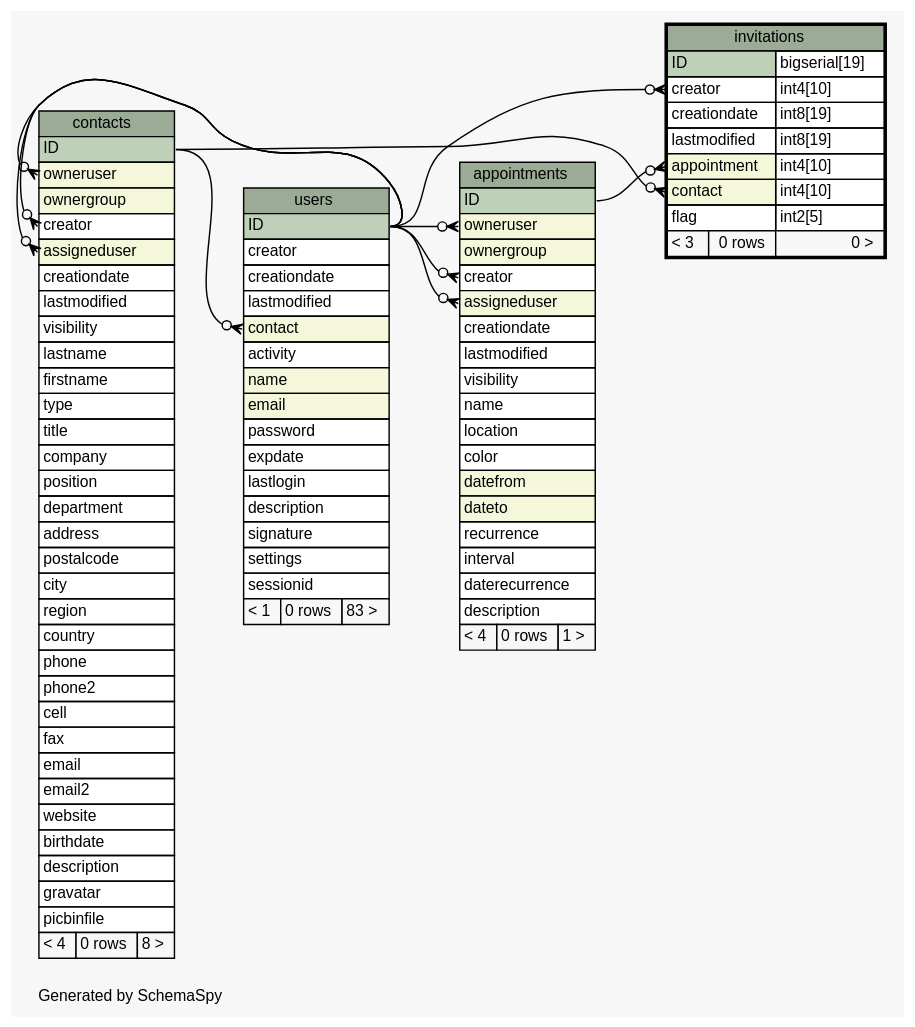
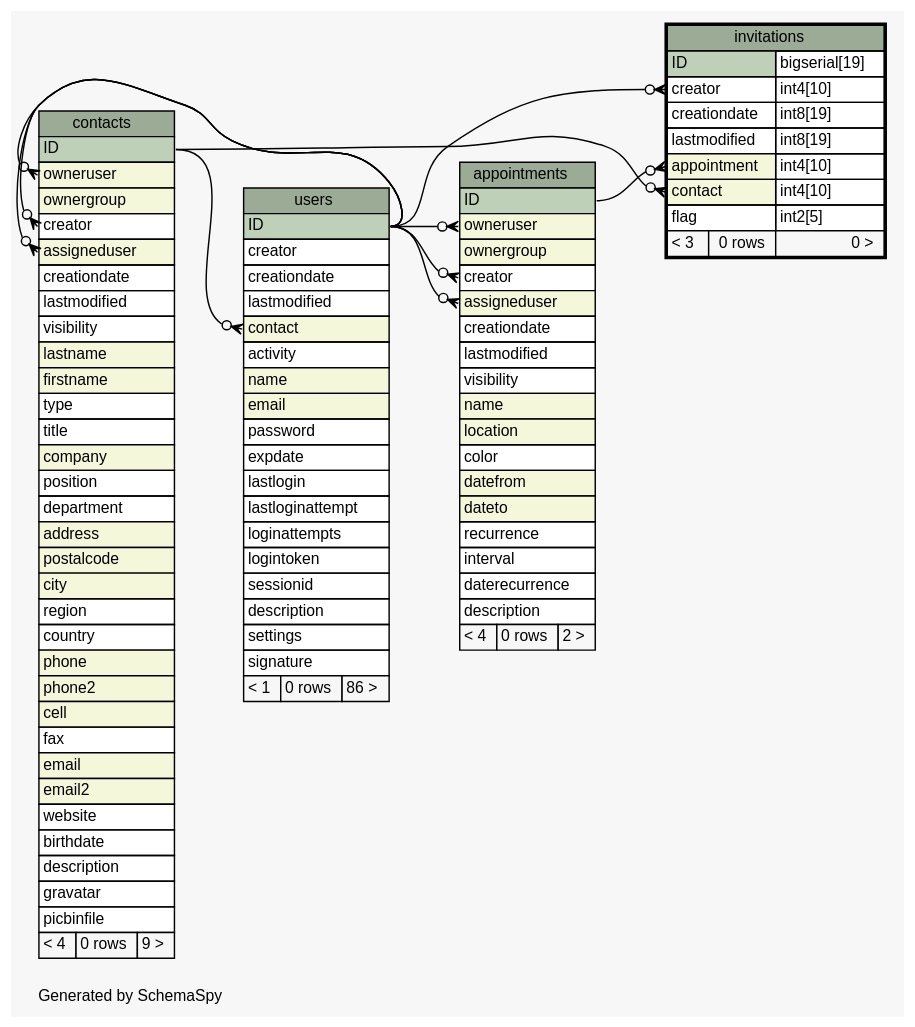
Before and after one commit to zeyosinc/zeyos-schema: the diagram in diagrams/invitations.1degree.dot, drawn with Graphviz. The commit also changed 314 other files, not shown here.

```diff
--- a/diagrams/invitations.1degree.dot
+++ b/diagrams/invitations.1degree.dot
@@ -1,138 +1,141 @@
-// dot 2.38.0 on Windows 8.1 6.3
+// dot 2.38.0 on Mac OS X 10.11.2
 // SchemaSpy rev 590
 digraph "oneDegreeRelationshipsDiagram" {
   graph [
     rankdir="RL"
     bgcolor="#f7f7f7"
     label="\nGenerated by SchemaSpy"
     labeljust="l"
     nodesep="0.18"
     ranksep="0.46"
     fontname="Helvetica"
     fontsize="11"
   ];
   node [
     fontname="Helvetica"
     fontsize="11"
     shape="plaintext"
   ];
   edge [
     arrowsize="0.8"
   ];
   "appointments":"assigneduser":w -> "users":"ID":e [arrowhead=none dir=back arrowtail=crowodot];
   "appointments":"creator":w -> "users":"ID":e [arrowhead=none dir=back arrowtail=crowodot];
   "appointments":"owneruser":w -> "users":"ID":e [arrowhead=none dir=back arrowtail=crowodot];
   "contacts":"assigneduser":w -> "users":"ID":e [arrowhead=none dir=back arrowtail=crowodot];
   "contacts":"creator":w -> "users":"ID":e [arrowhead=none dir=back arrowtail=crowodot];
   "contacts":"owneruser":w -> "users":"ID":e [arrowhead=none dir=back arrowtail=crowodot];
   "invitations":"appointment":w -> "appointments":"ID":e [arrowhead=none dir=back arrowtail=crowodot];
   "invitations":"contact":w -> "contacts":"ID":e [arrowhead=none dir=back arrowtail=crowodot];
   "invitations":"creator":w -> "users":"ID":e [arrowhead=none dir=back arrowtail=crowodot];
   "users":"contact":w -> "contacts":"ID":e [arrowhead=none dir=back arrowtail=crowodot];
   "appointments" [
     label=<
     <TABLE BORDER="0" CELLBORDER="1" CELLSPACING="0" BGCOLOR="#ffffff">
       <TR><TD COLSPAN="3" BGCOLOR="#9bab96" ALIGN="CENTER">appointments</TD></TR>
       <TR><TD PORT="ID" COLSPAN="3" BGCOLOR="#bed1b8" ALIGN="LEFT">ID</TD></TR>
       <TR><TD PORT="owneruser" COLSPAN="3" BGCOLOR="#f4f7da" ALIGN="LEFT">owneruser</TD></TR>
       <TR><TD PORT="ownergroup" COLSPAN="3" BGCOLOR="#f4f7da" ALIGN="LEFT">ownergroup</TD></TR>
       <TR><TD PORT="creator" COLSPAN="3" ALIGN="LEFT">creator</TD></TR>
       <TR><TD PORT="assigneduser" COLSPAN="3" BGCOLOR="#f4f7da" ALIGN="LEFT">assigneduser</TD></TR>
       <TR><TD PORT="creationdate" COLSPAN="3" ALIGN="LEFT">creationdate</TD></TR>
       <TR><TD PORT="lastmodified" COLSPAN="3" ALIGN="LEFT">lastmodified</TD></TR>
       <TR><TD PORT="visibility" COLSPAN="3" ALIGN="LEFT">visibility</TD></TR>
-      <TR><TD PORT="name" COLSPAN="3" ALIGN="LEFT">name</TD></TR>
-      <TR><TD PORT="location" COLSPAN="3" ALIGN="LEFT">location</TD></TR>
+      <TR><TD PORT="name" COLSPAN="3" BGCOLOR="#f4f7da" ALIGN="LEFT">name</TD></TR>
+      <TR><TD PORT="location" COLSPAN="3" BGCOLOR="#f4f7da" ALIGN="LEFT">location</TD></TR>
       <TR><TD PORT="color" COLSPAN="3" ALIGN="LEFT">color</TD></TR>
       <TR><TD PORT="datefrom" COLSPAN="3" BGCOLOR="#f4f7da" ALIGN="LEFT">datefrom</TD></TR>
       <TR><TD PORT="dateto" COLSPAN="3" BGCOLOR="#f4f7da" ALIGN="LEFT">dateto</TD></TR>
       <TR><TD PORT="recurrence" COLSPAN="3" ALIGN="LEFT">recurrence</TD></TR>
       <TR><TD PORT="interval" COLSPAN="3" ALIGN="LEFT">interval</TD></TR>
       <TR><TD PORT="daterecurrence" COLSPAN="3" ALIGN="LEFT">daterecurrence</TD></TR>
       <TR><TD PORT="description" COLSPAN="3" ALIGN="LEFT">description</TD></TR>
-      <TR><TD ALIGN="LEFT" BGCOLOR="#f7f7f7">&lt; 4</TD><TD ALIGN="RIGHT" BGCOLOR="#f7f7f7">0 rows</TD><TD ALIGN="RIGHT" BGCOLOR="#f7f7f7">1 &gt;</TD></TR>
+      <TR><TD ALIGN="LEFT" BGCOLOR="#f7f7f7">&lt; 4</TD><TD ALIGN="RIGHT" BGCOLOR="#f7f7f7">0 rows</TD><TD ALIGN="RIGHT" BGCOLOR="#f7f7f7">2 &gt;</TD></TR>
     </TABLE>>
     URL="appointments.html"
     tooltip="appointments"
   ];
   "contacts" [
     label=<
     <TABLE BORDER="0" CELLBORDER="1" CELLSPACING="0" BGCOLOR="#ffffff">
       <TR><TD COLSPAN="3" BGCOLOR="#9bab96" ALIGN="CENTER">contacts</TD></TR>
       <TR><TD PORT="ID" COLSPAN="3" BGCOLOR="#bed1b8" ALIGN="LEFT">ID</TD></TR>
       <TR><TD PORT="owneruser" COLSPAN="3" BGCOLOR="#f4f7da" ALIGN="LEFT">owneruser</TD></TR>
       <TR><TD PORT="ownergroup" COLSPAN="3" BGCOLOR="#f4f7da" ALIGN="LEFT">ownergroup</TD></TR>
       <TR><TD PORT="creator" COLSPAN="3" ALIGN="LEFT">creator</TD></TR>
       <TR><TD PORT="assigneduser" COLSPAN="3" BGCOLOR="#f4f7da" ALIGN="LEFT">assigneduser</TD></TR>
       <TR><TD PORT="creationdate" COLSPAN="3" ALIGN="LEFT">creationdate</TD></TR>
       <TR><TD PORT="lastmodified" COLSPAN="3" ALIGN="LEFT">lastmodified</TD></TR>
       <TR><TD PORT="visibility" COLSPAN="3" ALIGN="LEFT">visibility</TD></TR>
-      <TR><TD PORT="lastname" COLSPAN="3" ALIGN="LEFT">lastname</TD></TR>
-      <TR><TD PORT="firstname" COLSPAN="3" ALIGN="LEFT">firstname</TD></TR>
+      <TR><TD PORT="lastname" COLSPAN="3" BGCOLOR="#f4f7da" ALIGN="LEFT">lastname</TD></TR>
+      <TR><TD PORT="firstname" COLSPAN="3" BGCOLOR="#f4f7da" ALIGN="LEFT">firstname</TD></TR>
       <TR><TD PORT="type" COLSPAN="3" ALIGN="LEFT">type</TD></TR>
       <TR><TD PORT="title" COLSPAN="3" ALIGN="LEFT">title</TD></TR>
-      <TR><TD PORT="company" COLSPAN="3" ALIGN="LEFT">company</TD></TR>
+      <TR><TD PORT="company" COLSPAN="3" BGCOLOR="#f4f7da" ALIGN="LEFT">company</TD></TR>
       <TR><TD PORT="position" COLSPAN="3" ALIGN="LEFT">position</TD></TR>
       <TR><TD PORT="department" COLSPAN="3" ALIGN="LEFT">department</TD></TR>
-      <TR><TD PORT="address" COLSPAN="3" ALIGN="LEFT">address</TD></TR>
-      <TR><TD PORT="postalcode" COLSPAN="3" ALIGN="LEFT">postalcode</TD></TR>
-      <TR><TD PORT="city" COLSPAN="3" ALIGN="LEFT">city</TD></TR>
+      <TR><TD PORT="address" COLSPAN="3" BGCOLOR="#f4f7da" ALIGN="LEFT">address</TD></TR>
+      <TR><TD PORT="postalcode" COLSPAN="3" BGCOLOR="#f4f7da" ALIGN="LEFT">postalcode</TD></TR>
+      <TR><TD PORT="city" COLSPAN="3" BGCOLOR="#f4f7da" ALIGN="LEFT">city</TD></TR>
       <TR><TD PORT="region" COLSPAN="3" ALIGN="LEFT">region</TD></TR>
       <TR><TD PORT="country" COLSPAN="3" ALIGN="LEFT">country</TD></TR>
-      <TR><TD PORT="phone" COLSPAN="3" ALIGN="LEFT">phone</TD></TR>
-      <TR><TD PORT="phone2" COLSPAN="3" ALIGN="LEFT">phone2</TD></TR>
-      <TR><TD PORT="cell" COLSPAN="3" ALIGN="LEFT">cell</TD></TR>
+      <TR><TD PORT="phone" COLSPAN="3" BGCOLOR="#f4f7da" ALIGN="LEFT">phone</TD></TR>
+      <TR><TD PORT="phone2" COLSPAN="3" BGCOLOR="#f4f7da" ALIGN="LEFT">phone2</TD></TR>
+      <TR><TD PORT="cell" COLSPAN="3" BGCOLOR="#f4f7da" ALIGN="LEFT">cell</TD></TR>
       <TR><TD PORT="fax" COLSPAN="3" ALIGN="LEFT">fax</TD></TR>
-      <TR><TD PORT="email" COLSPAN="3" ALIGN="LEFT">email</TD></TR>
-      <TR><TD PORT="email2" COLSPAN="3" ALIGN="LEFT">email2</TD></TR>
+      <TR><TD PORT="email" COLSPAN="3" BGCOLOR="#f4f7da" ALIGN="LEFT">email</TD></TR>
+      <TR><TD PORT="email2" COLSPAN="3" BGCOLOR="#f4f7da" ALIGN="LEFT">email2</TD></TR>
       <TR><TD PORT="website" COLSPAN="3" ALIGN="LEFT">website</TD></TR>
       <TR><TD PORT="birthdate" COLSPAN="3" ALIGN="LEFT">birthdate</TD></TR>
       <TR><TD PORT="description" COLSPAN="3" ALIGN="LEFT">description</TD></TR>
       <TR><TD PORT="gravatar" COLSPAN="3" ALIGN="LEFT">gravatar</TD></TR>
       <TR><TD PORT="picbinfile" COLSPAN="3" ALIGN="LEFT">picbinfile</TD></TR>
-      <TR><TD ALIGN="LEFT" BGCOLOR="#f7f7f7">&lt; 4</TD><TD ALIGN="RIGHT" BGCOLOR="#f7f7f7">0 rows</TD><TD ALIGN="RIGHT" BGCOLOR="#f7f7f7">8 &gt;</TD></TR>
+      <TR><TD ALIGN="LEFT" BGCOLOR="#f7f7f7">&lt; 4</TD><TD ALIGN="RIGHT" BGCOLOR="#f7f7f7">0 rows</TD><TD ALIGN="RIGHT" BGCOLOR="#f7f7f7">9 &gt;</TD></TR>
     </TABLE>>
     URL="contacts.html"
     tooltip="contacts"
   ];
   "invitations" [
     label=<
     <TABLE BORDER="2" CELLBORDER="1" CELLSPACING="0" BGCOLOR="#ffffff">
       <TR><TD COLSPAN="3" BGCOLOR="#9bab96" ALIGN="CENTER">invitations</TD></TR>
       <TR><TD PORT="ID" COLSPAN="2" BGCOLOR="#bed1b8" ALIGN="LEFT">ID</TD><TD PORT="ID.type" ALIGN="LEFT">bigserial[19]</TD></TR>
       <TR><TD PORT="creator" COLSPAN="2" ALIGN="LEFT">creator</TD><TD PORT="creator.type" ALIGN="LEFT">int4[10]</TD></TR>
       <TR><TD PORT="creationdate" COLSPAN="2" ALIGN="LEFT">creationdate</TD><TD PORT="creationdate.type" ALIGN="LEFT">int8[19]</TD></TR>
       <TR><TD PORT="lastmodified" COLSPAN="2" ALIGN="LEFT">lastmodified</TD><TD PORT="lastmodified.type" ALIGN="LEFT">int8[19]</TD></TR>
       <TR><TD PORT="appointment" COLSPAN="2" BGCOLOR="#f4f7da" ALIGN="LEFT">appointment</TD><TD PORT="appointment.type" ALIGN="LEFT">int4[10]</TD></TR>
       <TR><TD PORT="contact" COLSPAN="2" BGCOLOR="#f4f7da" ALIGN="LEFT">contact</TD><TD PORT="contact.type" ALIGN="LEFT">int4[10]</TD></TR>
       <TR><TD PORT="flag" COLSPAN="2" ALIGN="LEFT">flag</TD><TD PORT="flag.type" ALIGN="LEFT">int2[5]</TD></TR>
       <TR><TD ALIGN="LEFT" BGCOLOR="#f7f7f7">&lt; 3</TD><TD ALIGN="RIGHT" BGCOLOR="#f7f7f7">0 rows</TD><TD ALIGN="RIGHT" BGCOLOR="#f7f7f7">0 &gt;</TD></TR>
     </TABLE>>
     URL="invitations.html"
     tooltip="invitations"
   ];
   "users" [
     label=<
     <TABLE BORDER="0" CELLBORDER="1" CELLSPACING="0" BGCOLOR="#ffffff">
       <TR><TD COLSPAN="3" BGCOLOR="#9bab96" ALIGN="CENTER">users</TD></TR>
       <TR><TD PORT="ID" COLSPAN="3" BGCOLOR="#bed1b8" ALIGN="LEFT">ID</TD></TR>
       <TR><TD PORT="creator" COLSPAN="3" ALIGN="LEFT">creator</TD></TR>
       <TR><TD PORT="creationdate" COLSPAN="3" ALIGN="LEFT">creationdate</TD></TR>
       <TR><TD PORT="lastmodified" COLSPAN="3" ALIGN="LEFT">lastmodified</TD></TR>
       <TR><TD PORT="contact" COLSPAN="3" BGCOLOR="#f4f7da" ALIGN="LEFT">contact</TD></TR>
       <TR><TD PORT="activity" COLSPAN="3" ALIGN="LEFT">activity</TD></TR>
       <TR><TD PORT="name" COLSPAN="3" BGCOLOR="#f4f7da" ALIGN="LEFT">name</TD></TR>
       <TR><TD PORT="email" COLSPAN="3" BGCOLOR="#f4f7da" ALIGN="LEFT">email</TD></TR>
       <TR><TD PORT="password" COLSPAN="3" ALIGN="LEFT">password</TD></TR>
       <TR><TD PORT="expdate" COLSPAN="3" ALIGN="LEFT">expdate</TD></TR>
       <TR><TD PORT="lastlogin" COLSPAN="3" ALIGN="LEFT">lastlogin</TD></TR>
+      <TR><TD PORT="lastloginattempt" COLSPAN="3" ALIGN="LEFT">lastloginattempt</TD></TR>
+      <TR><TD PORT="loginattempts" COLSPAN="3" ALIGN="LEFT">loginattempts</TD></TR>
+      <TR><TD PORT="logintoken" COLSPAN="3" ALIGN="LEFT">logintoken</TD></TR>
+      <TR><TD PORT="sessionid" COLSPAN="3" ALIGN="LEFT">sessionid</TD></TR>
       <TR><TD PORT="description" COLSPAN="3" ALIGN="LEFT">description</TD></TR>
+      <TR><TD PORT="settings" COLSPAN="3" ALIGN="LEFT">settings</TD></TR>
       <TR><TD PORT="signature" COLSPAN="3" ALIGN="LEFT">signature</TD></TR>
-      <TR><TD PORT="settings" COLSPAN="3" ALIGN="LEFT">settings</TD></TR>
-      <TR><TD PORT="sessionid" COLSPAN="3" ALIGN="LEFT">sessionid</TD></TR>
-      <TR><TD ALIGN="LEFT" BGCOLOR="#f7f7f7">&lt; 1</TD><TD ALIGN="RIGHT" BGCOLOR="#f7f7f7">0 rows</TD><TD ALIGN="RIGHT" BGCOLOR="#f7f7f7">83 &gt;</TD></TR>
+      <TR><TD ALIGN="LEFT" BGCOLOR="#f7f7f7">&lt; 1</TD><TD ALIGN="RIGHT" BGCOLOR="#f7f7f7">0 rows</TD><TD ALIGN="RIGHT" BGCOLOR="#f7f7f7">86 &gt;</TD></TR>
     </TABLE>>
     URL="users.html"
     tooltip="users"
   ];
 }
```
